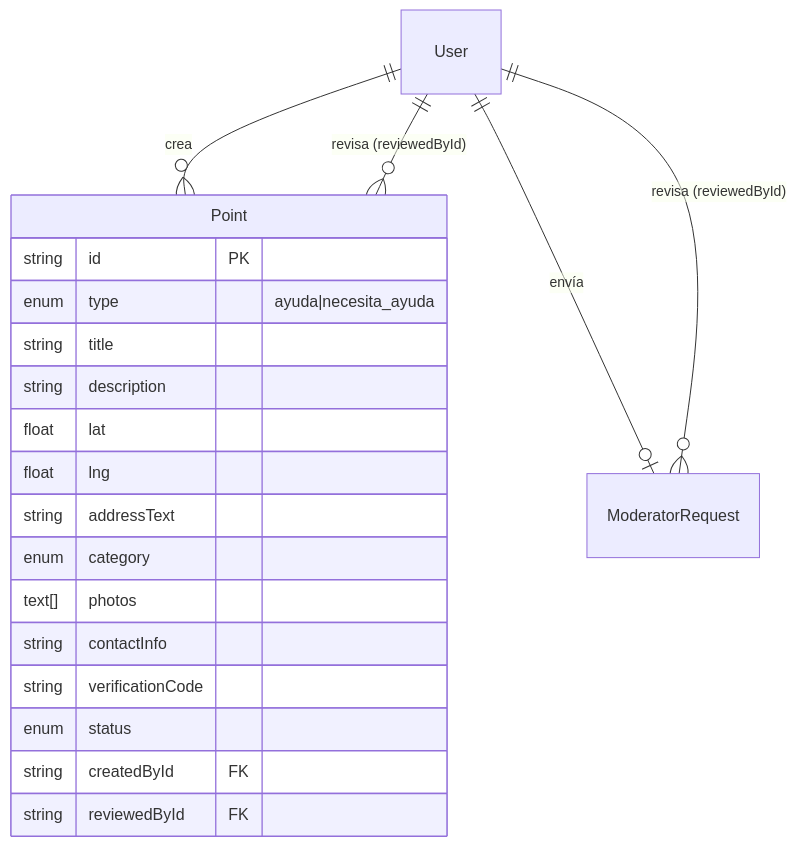
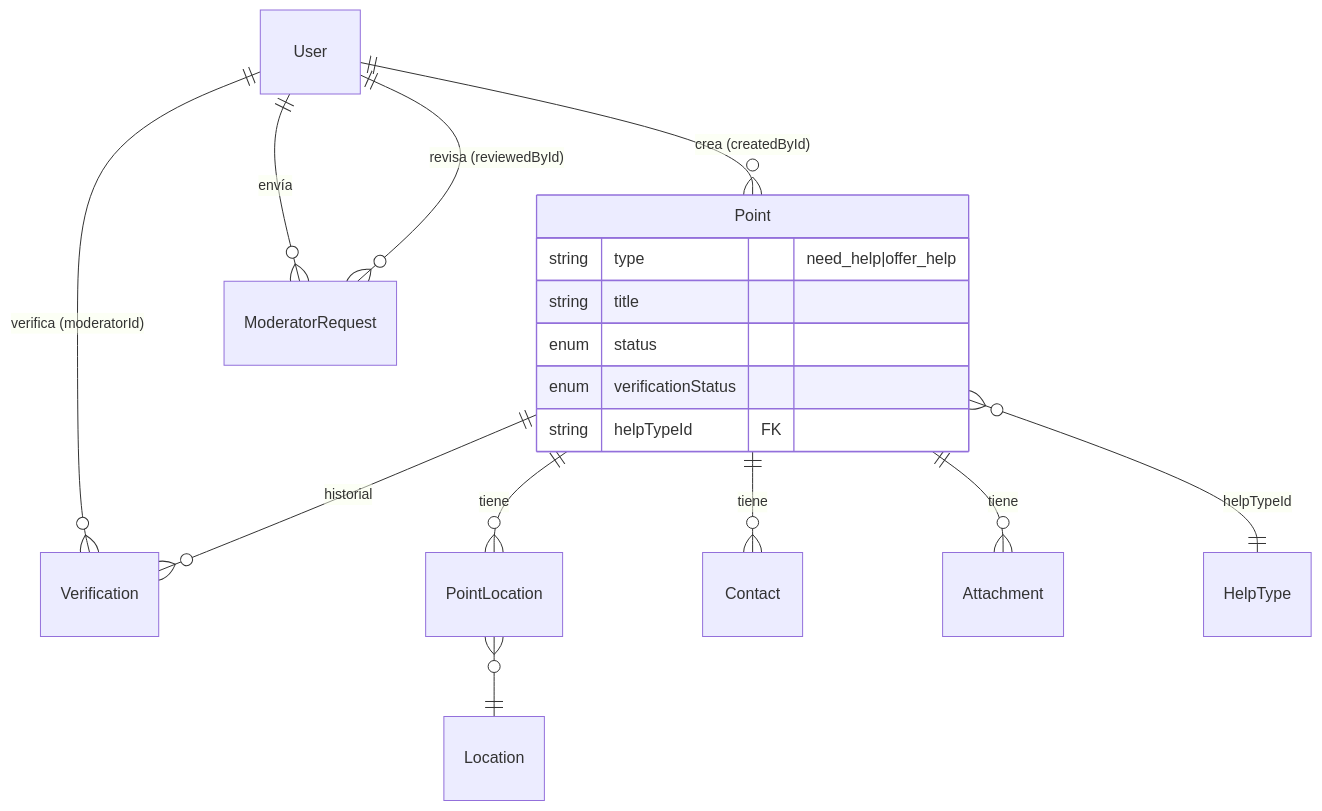
One commit to santigou/ayudaporcolombia changed the second of 6 diagrams in docs/obsidian/Diagramas Mermaid.md. Above: the diagram before and after it, drawn with Mermaid. The commit also changed other lines of this file and 62 other files, not shown here.

````diff
--- a/docs/obsidian/Diagramas Mermaid.md
+++ b/docs/obsidian/Diagramas Mermaid.md
@@ -24,23 +24,20 @@
 ```mermaid
 erDiagram
-    User ||--o{ Point : "crea"
-    User ||--o{ Point : "revisa (reviewedById)"
-    User ||--o| ModeratorRequest : "envía"
+    User ||--o{ Point : "crea (createdById)"
+    User ||--o{ Verification : "verifica (moderatorId)"
+    User ||--o{ ModeratorRequest : "envía"
     User ||--o{ ModeratorRequest : "revisa (reviewedById)"
+    Point ||--o{ PointLocation : "tiene"
+    PointLocation }o--|| Location : ""
+    Point ||--o{ Contact : "tiene"
+    Point ||--o{ Attachment : "tiene"
+    Point ||--o{ Verification : "historial"
+    Point }o--|| HelpType : "helpTypeId"
     Point {
-        string id PK
-        enum  type "ayuda|necesita_ayuda"
+        string type "need_help|offer_help"
         string title
-        string description
-        float  lat
-        float  lng
-        string addressText
-        enum   category
-        text[] photos
-        string contactInfo
-        string verificationCode
         enum   status
-        string createdById FK
-        string reviewedById FK
+        enum   verificationStatus
+        string helpTypeId FK
     }
 ```
````
